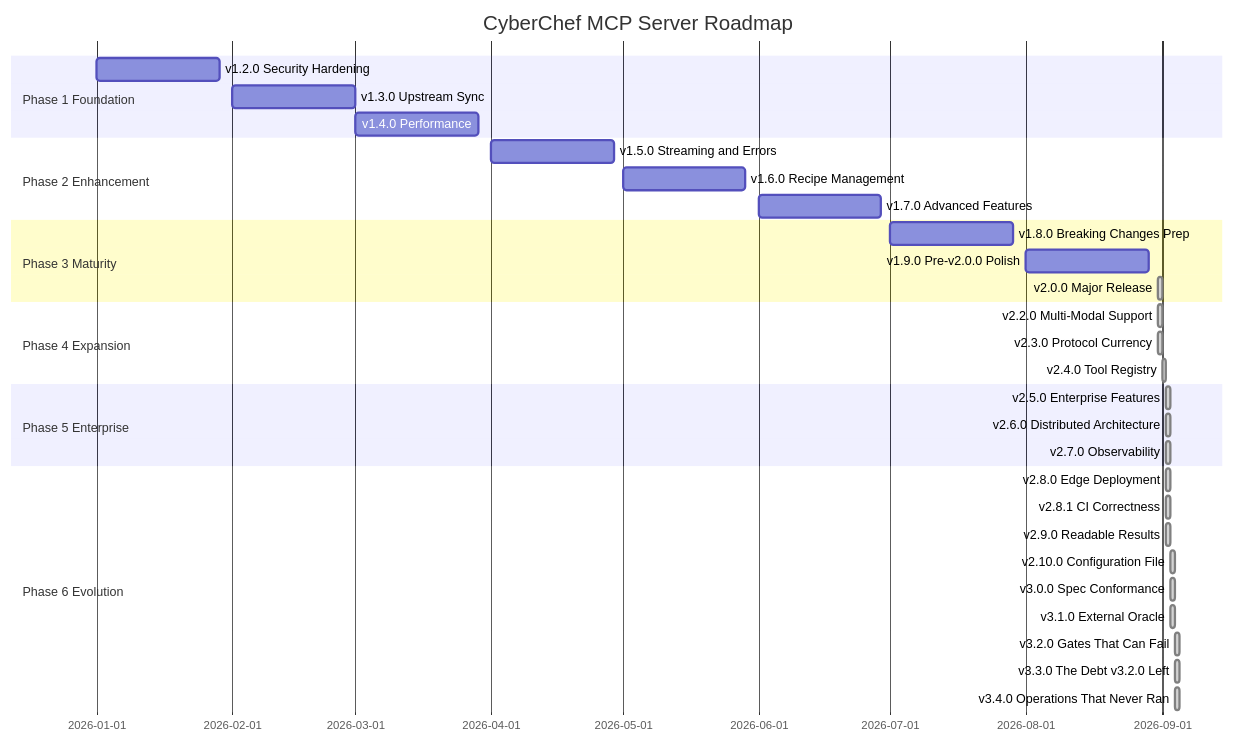
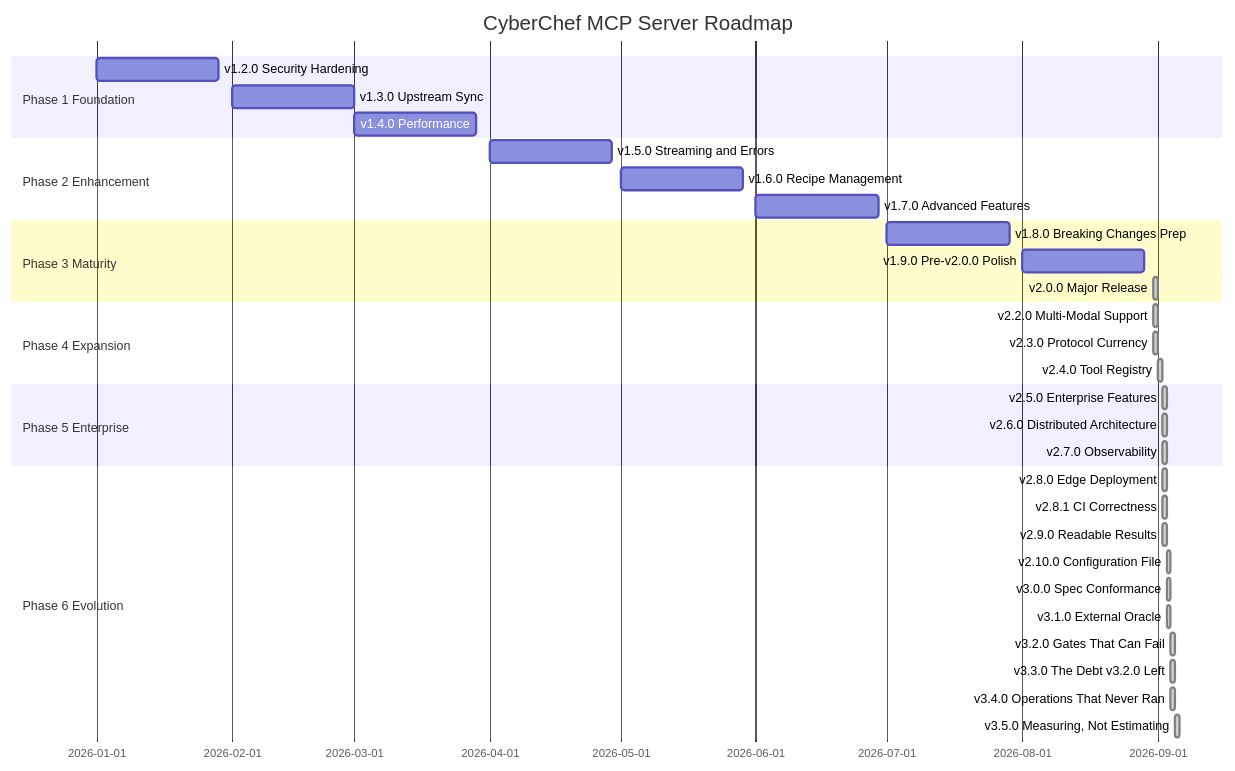
One commit to doublegate/CyberChef-MCP changed the diagram in docs/planning/ROADMAP.md. Above: the diagram before and after it, drawn with Mermaid. The commit also changed other lines of this file and 21 other files, not shown here.

````diff
--- a/docs/planning/ROADMAP.md
+++ b/docs/planning/ROADMAP.md
@@ -67,35 +67,36 @@
 ```mermaid
 gantt
     title CyberChef MCP Server Roadmap
     dateFormat YYYY-MM-DD
     section Phase 1 Foundation
     v1.2.0 Security Hardening           :2026-01-01, 4w
     v1.3.0 Upstream Sync                :2026-02-01, 4w
     v1.4.0 Performance                  :2026-03-01, 4w
     section Phase 2 Enhancement
     v1.5.0 Streaming and Errors         :2026-04-01, 4w
     v1.6.0 Recipe Management            :2026-05-01, 4w
     v1.7.0 Advanced Features            :2026-06-01, 4w
     section Phase 3 Maturity
     v1.8.0 Breaking Changes Prep        :2026-07-01, 4w
     v1.9.0 Pre-v2.0.0 Polish            :2026-08-01, 4w
     v2.0.0 Major Release                :done, 2026-08-31, 1d
     section Phase 4 Expansion
     v2.2.0 Multi-Modal Support          :done, 2026-08-31, 1d
     v2.3.0 Protocol Currency            :done, 2026-08-31, 1d
     v2.4.0 Tool Registry                :done, 2026-09-01, 1d
     section Phase 5 Enterprise
     v2.5.0 Enterprise Features          :done, 2026-09-02, 1d
     v2.6.0 Distributed Architecture     :done, 2026-09-02, 1d
     v2.7.0 Observability                :done, 2026-09-02, 1d
     section Phase 6 Evolution
     v2.8.0 Edge Deployment              :done, 2026-09-02, 1d
     v2.8.1 CI Correctness               :done, 2026-09-02, 1d
     v2.9.0 Readable Results             :done, 2026-09-02, 1d
     v2.10.0 Configuration File          :done, 2026-09-03, 1d
     v3.0.0 Spec Conformance             :done, 2026-09-03, 1d
     v3.1.0 External Oracle              :done, 2026-09-03, 1d
     v3.2.0 Gates That Can Fail          :done, 2026-09-04, 1d
     v3.3.0 The Debt v3.2.0 Left         :done, 2026-09-04, 1d
     v3.4.0 Operations That Never Ran    :done, 2026-09-04, 1d
+    v3.5.0 Measuring, Not Estimating    :done, 2026-09-05, 1d
 ```
````
